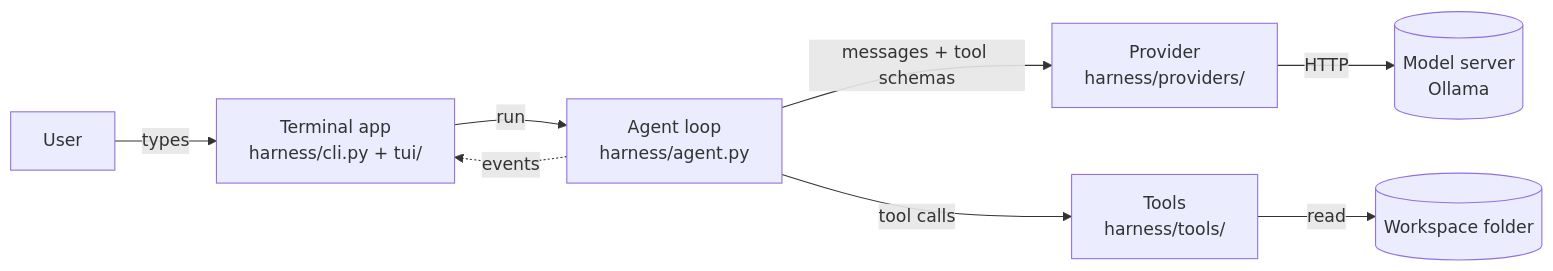
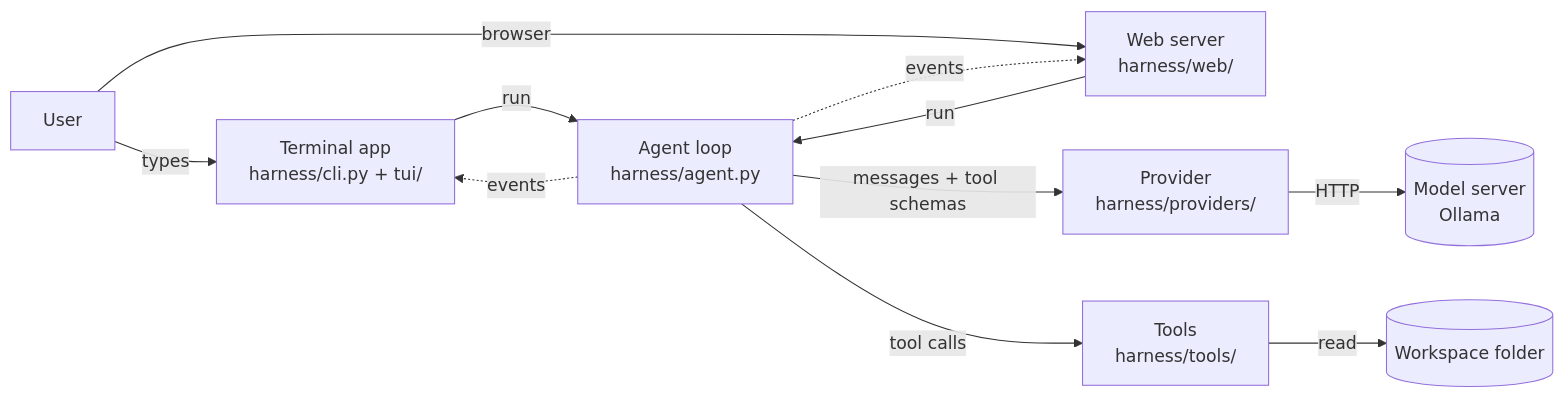
One commit to havish-coder/agent-harness changed the first of 6 diagrams in docs/architecture.md. Above: the diagram before and after it, drawn with Mermaid. The commit also changed other lines of this file and 18 other files, not shown here.

Commit message:
Lesson 53: the web server, one session driven from a browser over POST and Server-Sent Events

````diff
--- a/docs/architecture.md
+++ b/docs/architecture.md
@@ -9,10 +9,13 @@
 ```mermaid
 flowchart LR
     U[User] -->|types| CLI["Terminal app<br/>harness/cli.py + tui/"]
+    U -->|browser| WEB["Web server<br/>harness/web/"]
     CLI -->|run| A["Agent loop<br/>harness/agent.py"]
+    WEB -->|run| A
     A -->|messages + tool schemas| P["Provider<br/>harness/providers/"]
     P -->|HTTP| M[(Model server<br/>Ollama)]
     A -->|tool calls| T["Tools<br/>harness/tools/"]
     T -->|read| W[(Workspace folder)]
     A -.->|events| CLI
+    A -.->|events| WEB
 ```
````
